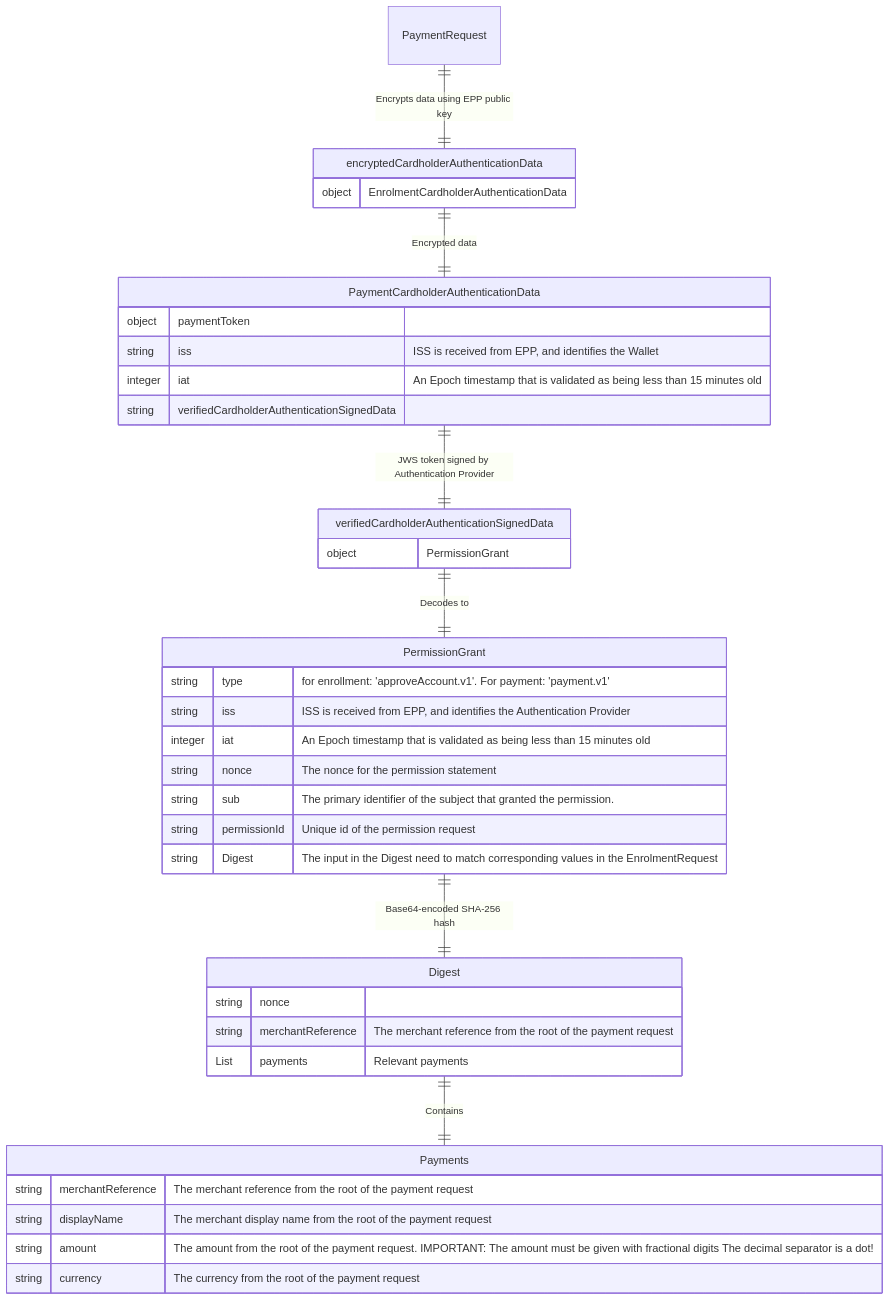
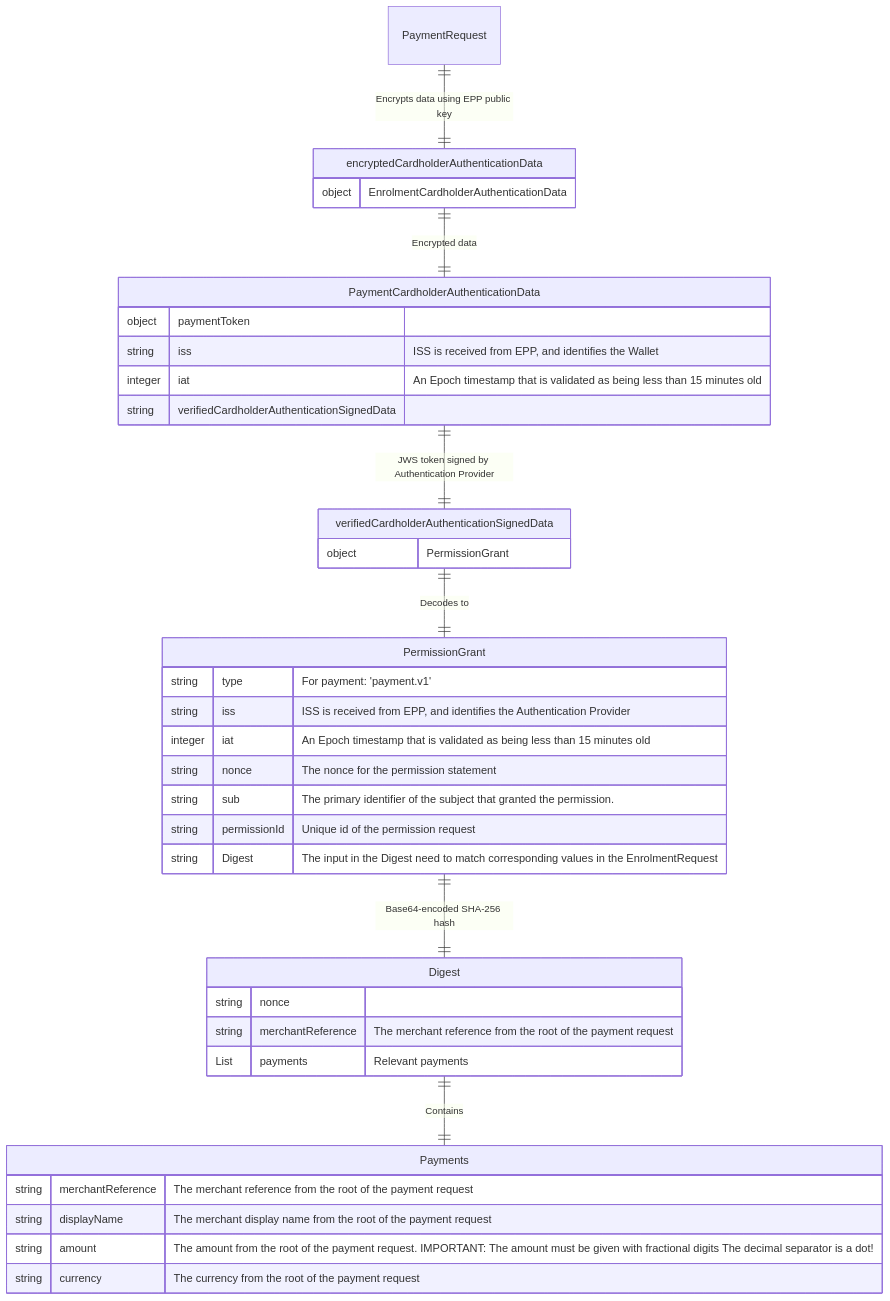
One commit to BankAxept/bankaxept-epayment-development-kit changed the eighth of 8 diagrams in docs/authentication_interoperability.md. Above: the diagram before and after it, drawn with Mermaid. The commit also changed other lines of this file and 7 other files, not shown here.

````diff
--- a/docs/authentication_interoperability.md
+++ b/docs/authentication_interoperability.md
@@ -257,55 +291,55 @@
 ```mermaid
 %%{init: {
   "theme": "default",
   "themeCSS": [
     ".er.relationshipLabel { fill: black; }", 
     ".er.relationshipLabelBox { fill: white; }", 
     ".er.entityBox { fill: lightgray; }",
     "[id^=entity-PaymentRequest] .er.entityBox { fill: lightgreen;} ",
     "[id^=entity-encryptedEnrolmentCardholderAuthenticationData] .er.entityBox { fill: lightgreen;} ",
     "[id^=entity-EnrolmentCardholderAuthenticationData] .er.entityBox { fill: lightgreen;} ",
     "[id^=entity-verifiedCardholderAuthenticationSignedData] .er.entityBox { fill: powderblue;} ",
     "[id^=entity-PermissionGrant] .er.entityBox { fill: powderblue;} ",
     "[id^=entity-Digest] .er.entityBox { fill: powderblue;} "
     ]
 }}%%
 erDiagram
     PaymentRequest ||--|| encryptedCardholderAuthenticationData: "Encrypts data using EPP public key"
     encryptedCardholderAuthenticationData {
         object EnrolmentCardholderAuthenticationData
     }
     encryptedCardholderAuthenticationData ||--|| PaymentCardholderAuthenticationData: "Encrypted data"
     PaymentCardholderAuthenticationData ||--|| verifiedCardholderAuthenticationSignedData: "JWS token signed by Authentication Provider"
     PaymentCardholderAuthenticationData {
         object paymentToken
         string iss "ISS is received from EPP, and identifies the Wallet"
         integer iat "An Epoch timestamp that is validated as being less than 15 minutes old"
         string verifiedCardholderAuthenticationSignedData
     }
     verifiedCardholderAuthenticationSignedData {
         object PermissionGrant
     }
     verifiedCardholderAuthenticationSignedData ||--|| PermissionGrant: "Decodes to"
     PermissionGrant ||--|| Digest: "Base64-encoded SHA-256 hash"
     PermissionGrant {
-        string type "for enrollment: 'approveAccount.v1'. For payment: 'payment.v1'"
+        string type "For payment: 'payment.v1'"
         string iss "ISS is received from EPP, and identifies the Authentication Provider"
         integer iat "An Epoch timestamp that is validated as being less than 15 minutes old"
         string nonce "The nonce for the permission statement"
         string sub "The primary identifier of the subject that granted the permission."
         string permissionId "Unique id of the permission request"
         string Digest "The input in the Digest need to match corresponding values in the EnrolmentRequest"
     }
     Digest {
         string nonce
         string merchantReference "The merchant reference from the root of the payment request"
         List payments "Relevant payments"
     }
     Digest ||--|| Payments: "Contains"
     Payments {
         string merchantReference "The merchant reference from the root of the payment request"
         string displayName "The merchant display name from the root of the payment request"
         string amount "The amount from the root of the payment request. IMPORTANT: The amount must be given with fractional digits The decimal separator is a dot!"
         string currency "The currency from the root of the payment request"
     }
 ```
````
